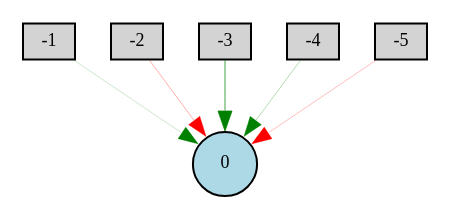
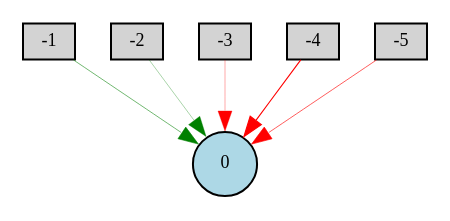
Before and after one commit to RyanEAA/NEATGoogleDino: the diagram in Digraph.gv, drawn with Graphviz. The commit also changed 9 other files, not shown here.

```diff
--- a/Digraph.gv
+++ b/Digraph.gv
@@ -1,14 +1,14 @@
 digraph {
 	node [fontsize=9 height=0.2 shape=circle width=0.2]
 	-1 [fillcolor=lightgray shape=box style=filled]
 	-2 [fillcolor=lightgray shape=box style=filled]
 	-3 [fillcolor=lightgray shape=box style=filled]
 	-4 [fillcolor=lightgray shape=box style=filled]
 	-5 [fillcolor=lightgray shape=box style=filled]
 	0 [fillcolor=lightblue style=filled]
-	-1 -> 0 [color=green penwidth=0.10442597497603913 style=solid]
-	-2 -> 0 [color=red penwidth=0.15909165411463466 style=solid]
-	-3 -> 0 [color=green penwidth=0.3670362759813034 style=solid]
-	-4 -> 0 [color=green penwidth=0.15284453344164275 style=solid]
-	-5 -> 0 [color=red penwidth=0.13283900737455956 style=solid]
+	-1 -> 0 [color=green penwidth=0.2800880284849402 style=solid]
+	-2 -> 0 [color=green penwidth=0.1694056918033206 style=solid]
+	-3 -> 0 [color=red penwidth=0.1711124161421727 style=solid]
+	-4 -> 0 [color=red penwidth=0.5682243367285065 style=solid]
+	-5 -> 0 [color=red penwidth=0.321885359756246 style=solid]
 }
```
